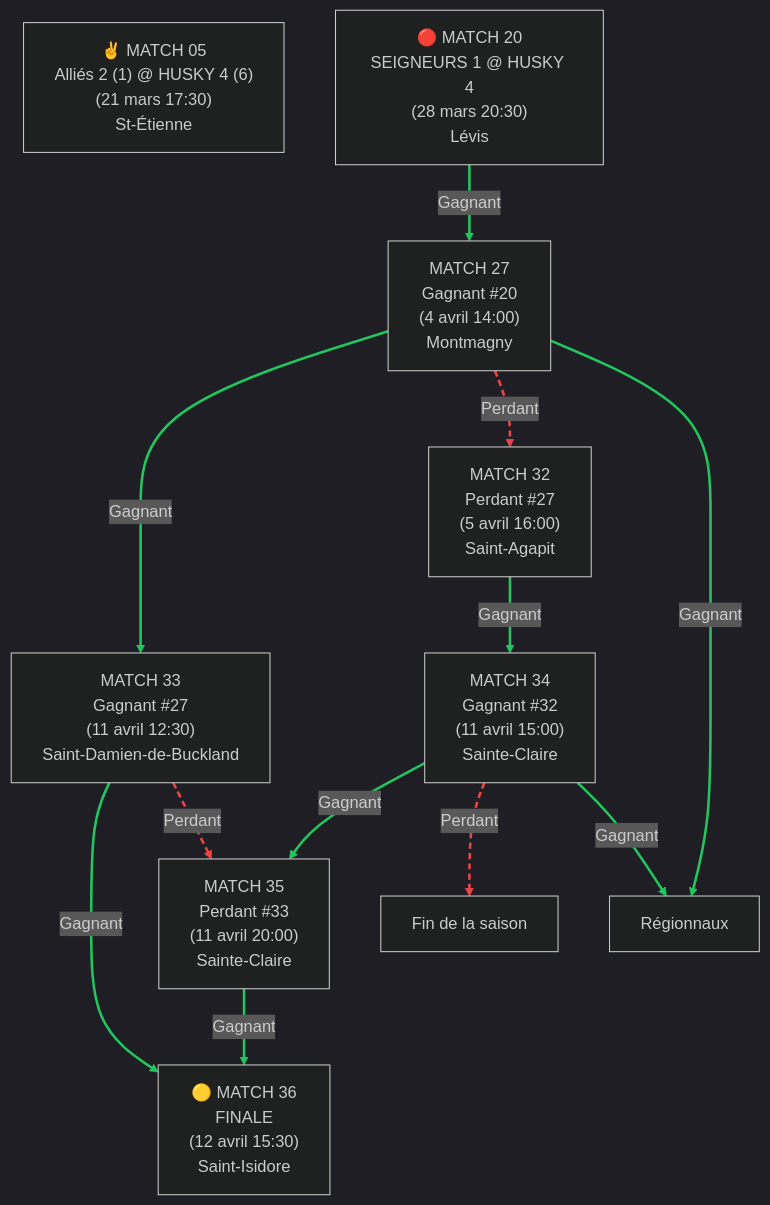
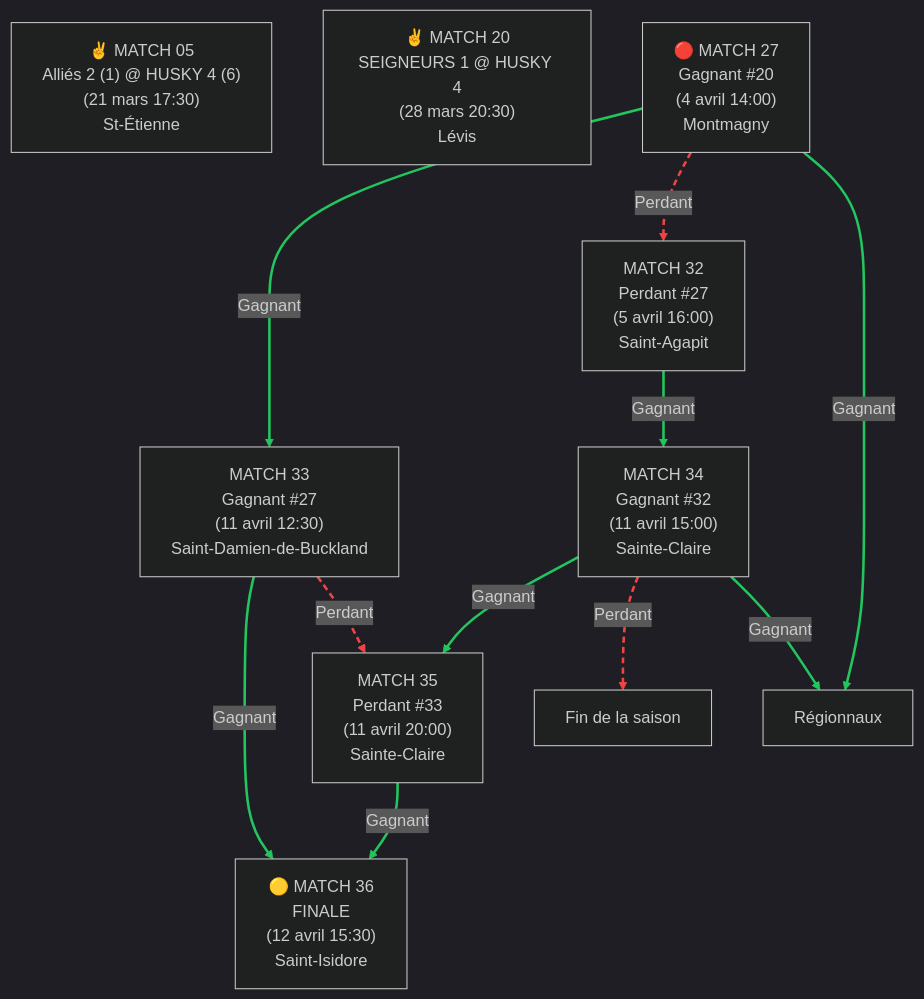
Before and after one commit to voltogyre/horaire-serie-2026: the first of 2 diagrams in README.md, drawn with Mermaid (dark theme).

````diff
--- a/README.md
+++ b/README.md
@@ -14,22 +14,22 @@
 ```mermaid
 graph TD
     M18B05["✌️ MATCH 05<br/>Alliés 2 (1) @ HUSKY 4 (6)<br/>(21 mars 17:30)<br/>St-Étienne"]
-    M18B20["🔴 MATCH 20<br/>SEIGNEURS 1 @ HUSKY 4<br/>(28 mars 20:30)<br/>Lévis"] 
+    M18B20["✌️ MATCH 20<br/>SEIGNEURS 1 @ HUSKY 4<br/>(28 mars 20:30)<br/>Lévis"] 
     
-    M18B20 -->|Gagnant| M18B27["MATCH 27<br/>Gagnant #20<br/>(4 avril 14:00)<br/>Montmagny"]
+    M18B27["🔴 MATCH 27<br/>Gagnant #20<br/>(4 avril 14:00)<br/>Montmagny"]
     M18B27 -->|Gagnant| M18B33["MATCH 33<br/>Gagnant #27<br/>(11 avril 12:30)<br/>Saint-Damien-de-Buckland"]
     M18B27 -->|Perdant| M18B32["MATCH 32<br/>Perdant #27<br/>(5 avril 16:00)<br/>Saint-Agapit"]
     M18B33 -->|Gagnant| M18B36["🟡 MATCH 36<br/>FINALE<br/>(12 avril 15:30)<br/>Saint-Isidore"]
     M18B33 -->|Perdant| M18B35["MATCH 35<br/>Perdant #33<br/>(11 avril 20:00)<br/>Sainte-Claire"]
     M18B32 -->|Gagnant| M18B34["MATCH 34<br/>Gagnant #32<br/>(11 avril 15:00)<br/>Sainte-Claire"]
     M18B34 -->|Gagnant| M18B35
     M18B35 -->|Gagnant| M18B36
     M18B34 -->|Perdant| K["Fin de la saison"]
     M18B27 -->|Gagnant| W["Régionnaux"]
     M18B34 -->|Gagnant| W["Régionnaux"]
 
-    linkStyle 0,1,3,5,6,7,9,10 stroke:#22c55e,stroke-width:2.5px
-    linkStyle 2,4,8 stroke:#ef4444,stroke-width:2.5px,stroke-dasharray:6 4
+    linkStyle 0,2,4,5,6,8,9 stroke:#22c55e,stroke-width:2.5px
+    linkStyle 1,3,7 stroke:#ef4444,stroke-width:2.5px,stroke-dasharray:6 4
     
 
 ```
````
